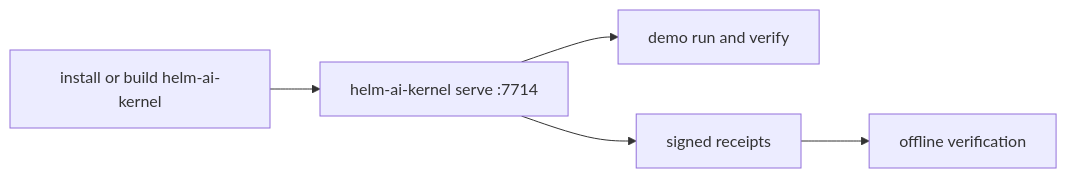
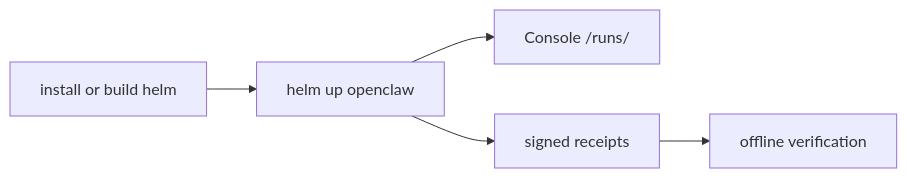
Before and after one commit to Mindburn-Labs/helm-ai-kernel: the diagram in docs/QUICKSTART.md, drawn with Mermaid. The commit also changed other lines of this file and 128 other files, not shown here.

````diff
--- a/docs/QUICKSTART.md
+++ b/docs/QUICKSTART.md
@@ -18,7 +23,7 @@
 ```mermaid
 flowchart LR
-  Install["install or build helm-ai-kernel"] --> Serve["helm-ai-kernel serve :7714"]
-  Serve --> Demo["demo run and verify"]
-  Serve --> Receipts["signed receipts"]
+  Install["install or build helm"] --> Up["helm up openclaw"]
+  Up --> Console["Console /runs/<run_id>"]
+  Up --> Receipts["signed receipts"]
   Receipts --> Verify["offline verification"]
 ```
````
